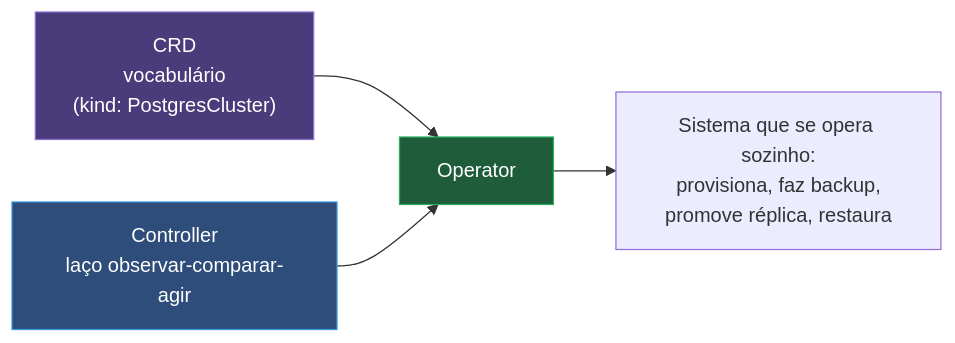
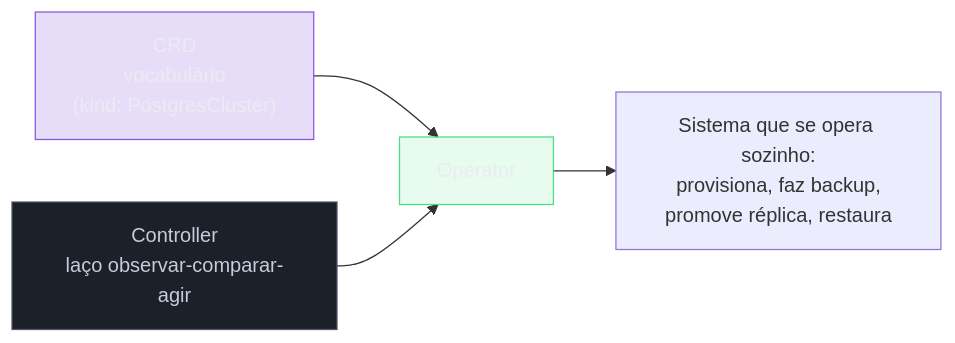
Before and after one commit to josenaldo/codex-technomanticus: the first of 5 diagrams in 03-Dominios/Tecnologia/Infraestrutura/Kubernetes/19 - Operators.md, drawn with Mermaid. The commit also changed other lines of this file and 1181 other files, not shown here.

First line of the commit message:
fix(diagramas): paleta do sistema no lugar de cor cravada no markdown

````diff
--- a/03-Dominios/Tecnologia/Infraestrutura/Kubernetes/19 - Operators.md
+++ b/03-Dominios/Tecnologia/Infraestrutura/Kubernetes/19 - Operators.md
@@ -46,10 +46,13 @@
 ```mermaid
 graph LR
+    classDef marca fill:#8855DF33,stroke:#8855DF,color:#E9ECF2
+    classDef neutro fill:#1B2029,stroke:#4E5666,color:#C6CCD8
+    classDef ok fill:#4ADE8021,stroke:#4ADE80,color:#E9ECF2
     CRD["CRD<br/>vocabulário<br/>(kind: PostgresCluster)"] --> OP["Operator"]
     CTRL["Controller<br/>laço observar-comparar-agir"] --> OP
     OP --> Res["Sistema que se opera sozinho:<br/>provisiona, faz backup,<br/>promove réplica, restaura"]
 
-    style CRD fill:#4a3b7a,stroke:#8e6fd6,color:#fff
-    style CTRL fill:#2e4d7a,stroke:#3498db,color:#fff
-    style OP fill:#1e5c3a,stroke:#27ae60,color:#fff
+    class CRD marca
+    class CTRL neutro
+    class OP ok
 ```
````
